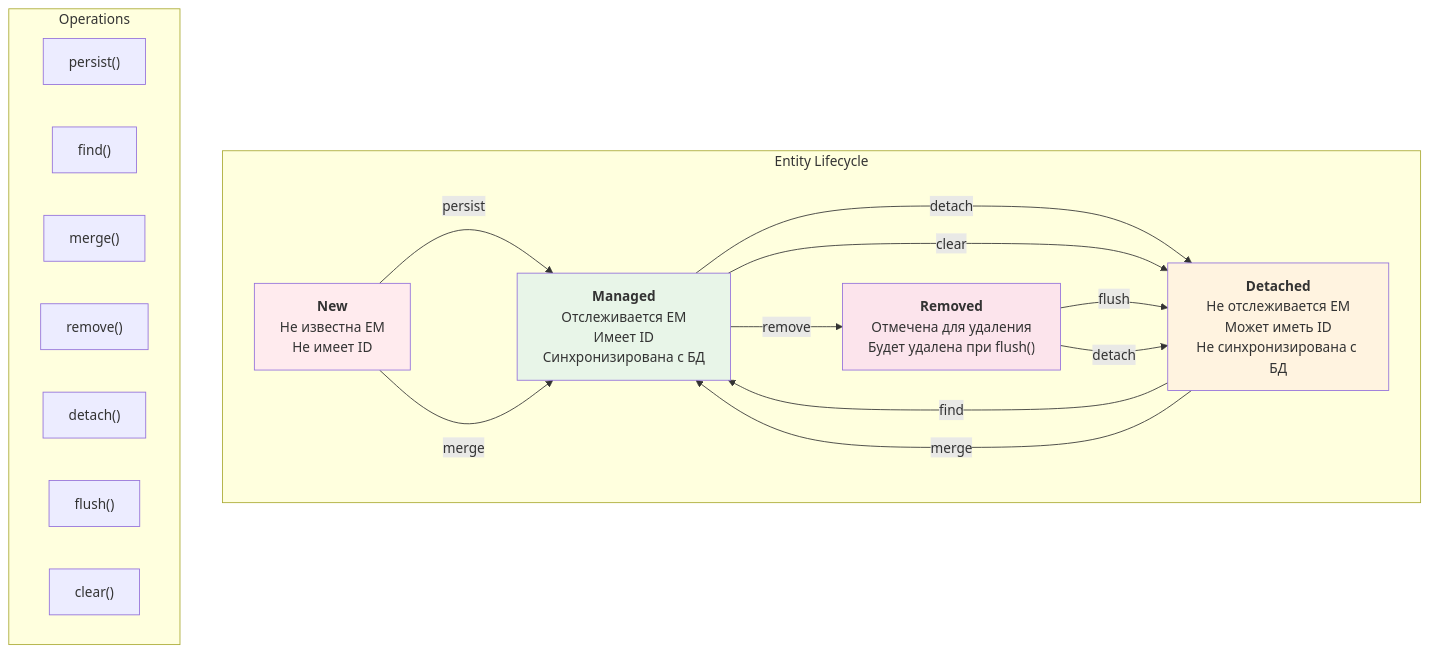
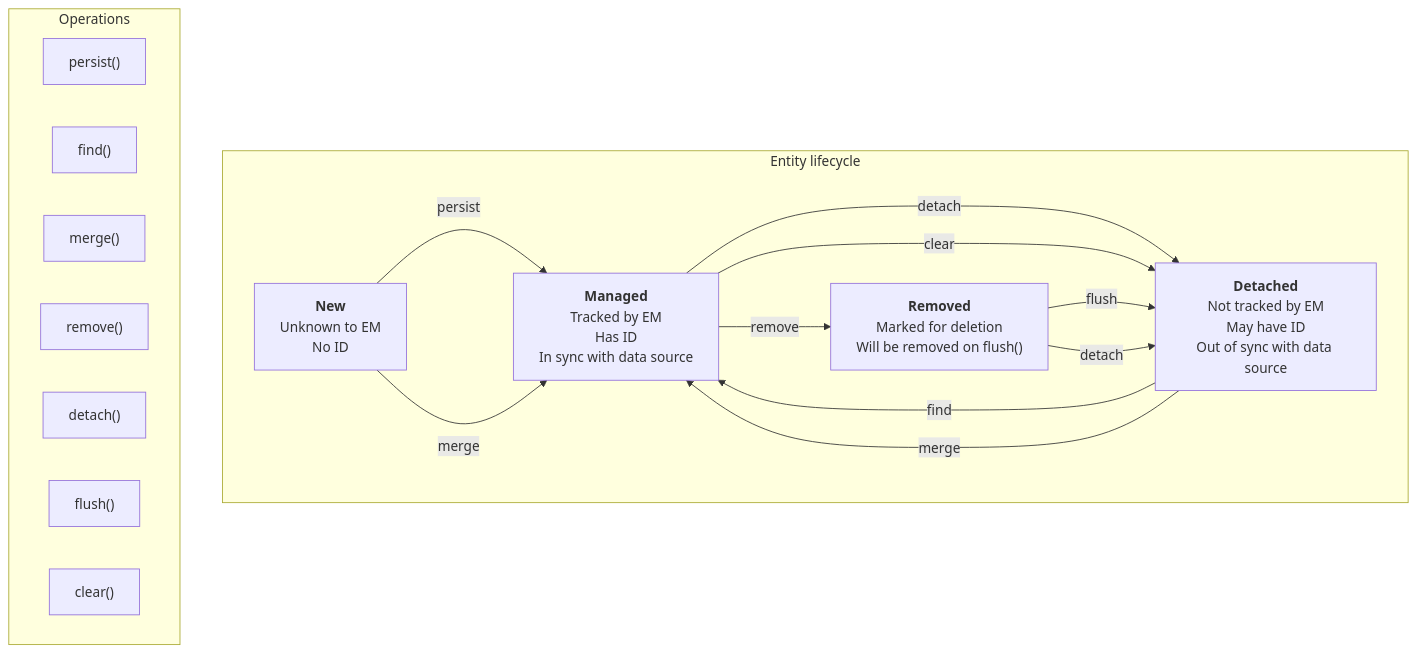
One commit to kabiroman/adaptive-entity-manager changed the second of 7 diagrams in docs/INTERACTION_DIAGRAMS.md. Above: the diagram before and after it, drawn with Mermaid. The commit also changed other lines of this file and 7 other files, not shown here.

````diff
--- a/docs/INTERACTION_DIAGRAMS.md
+++ b/docs/INTERACTION_DIAGRAMS.md
@@ -46,47 +46,42 @@
 ```mermaid
 graph TB
-    subgraph "Entity Lifecycle"
+    subgraph entityLifecycle [Entity lifecycle]
         New["`**New**
-        Не известна EM
-        Не имеет ID`"]
-        
+        Unknown to EM
+        No ID`"]
+
         Managed["`**Managed**
-        Отслеживается EM
-        Имеет ID
-        Синхронизирована с БД`"]
-        
+        Tracked by EM
+        Has ID
+        In sync with data source`"]
+
         Detached["`**Detached**
-        Не отслеживается EM
-        Может иметь ID
-        Не синхронизирована с БД`"]
-        
+        Not tracked by EM
+        May have ID
+        Out of sync with data source`"]
+
         Removed["`**Removed**
-        Отмечена для удаления
-        Будет удалена при flush()`"]
+        Marked for deletion
+        Will be removed on flush()`"]
     end
-    
-    subgraph "Operations"
+
+    subgraph operations [Operations]
         persist["`persist()`"]
         find["`find()`"]
         merge["`merge()`"]
         remove["`remove()`"]
         detach["`detach()`"]
         flush["`flush()`"]
         clear["`clear()`"]
     end
-    
+
     New -->|persist| Managed
     New -->|merge| Managed
     Detached -->|find| Managed
     Detached -->|merge| Managed
     Managed -->|remove| Removed
     Managed -->|detach| Detached
     Managed -->|clear| Detached
     Removed -->|flush| Detached
     Removed -->|detach| Detached
-    
-    style New fill:#ffebee
-    style Managed fill:#e8f5e8
-    style Detached fill:#fff3e0
-    style Removed fill:#fce4ec
 ```
````
